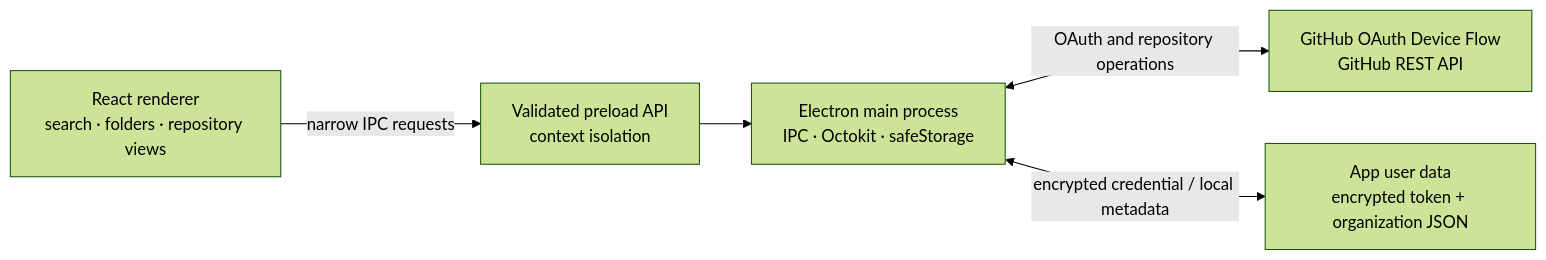
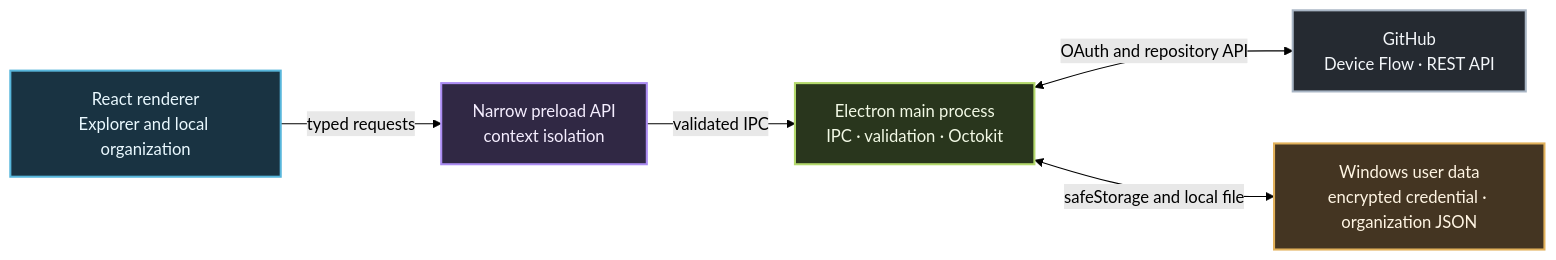
The diagram in README.md (Euwan123/Codexa), drawn with Mermaid (forest theme) before and after one commit. The commit also changed other lines of this file and 4 other files, not shown here.

````diff
--- a/README.md
+++ b/README.md
@@ -104,13 +177,24 @@
 ```mermaid
 flowchart LR
-  UI["React renderer<br/>search · folders · repository views"]
-  Bridge["Validated preload API<br/>context isolation"]
-  Main["Electron main process<br/>IPC · Octokit · safeStorage"]
-  GH["GitHub OAuth Device Flow<br/>GitHub REST API"]
-  Disk["App user data<br/>encrypted token + organization JSON"]
+  UI["React renderer<br/>Explorer and local organization"]
+  Preload["Narrow preload API<br/>context isolation"]
+  Main["Electron main process<br/>IPC · validation · Octokit"]
+  GitHub["GitHub<br/>Device Flow · REST API"]
+  Storage["Windows user data<br/>encrypted credential · organization JSON"]
 
-  UI -->|"narrow IPC requests"| Bridge
-  Bridge --> Main
-  Main <-->|"OAuth and repository operations"| GH
-  Main <-->|"encrypted credential / local metadata"| Disk
+  UI -->|"typed requests"| Preload
+  Preload -->|"validated IPC"| Main
+  Main <-->|"OAuth and repository API"| GitHub
+  Main <-->|"safeStorage and local file"| Storage
+
+  classDef ui fill:#193342,stroke:#57B6DB,color:#EAF9FF,stroke-width:2px
+  classDef bridge fill:#302844,stroke:#AB8CF2,color:#F5EEFF,stroke-width:2px
+  classDef main fill:#29361D,stroke:#B4D96C,color:#F2F9E5,stroke-width:2px
+  classDef api fill:#252A31,stroke:#A8B5C4,color:#F4F7FA,stroke-width:2px
+  classDef disk fill:#443522,stroke:#E2B15B,color:#FFF5E3,stroke-width:2px
+  class UI ui
+  class Preload bridge
+  class Main main
+  class GitHub api
+  class Storage disk
 ```
````
